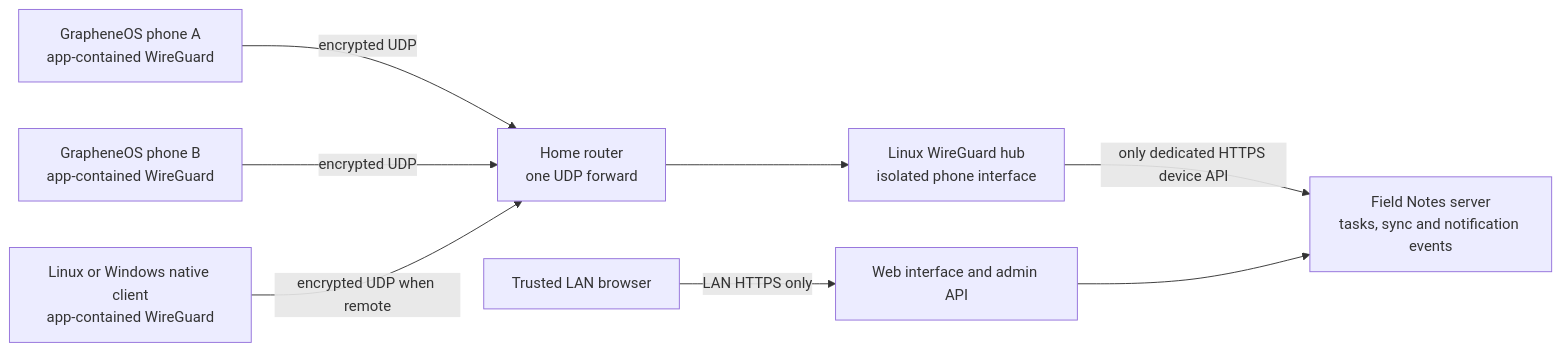
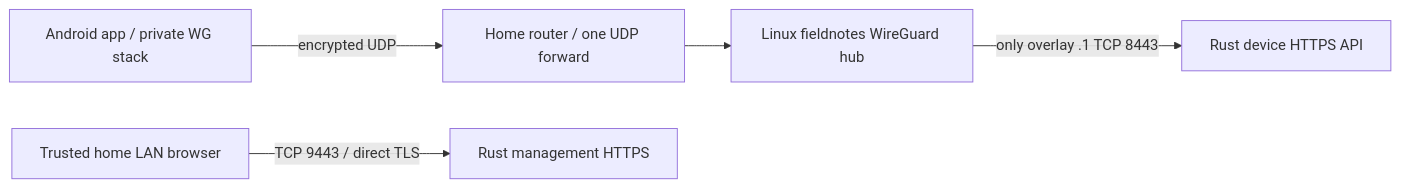
Before and after one commit to argentumseven/field-notes: the diagram in docs/NETWORK.md, drawn with Mermaid. The commit also changed other lines of this file and 173 other files, not shown here.

First line of the commit message:
Add shared planning, private enrollment and Android widgets

````diff
--- a/docs/NETWORK.md
+++ b/docs/NETWORK.md
@@ -8,10 +6,7 @@
 ```mermaid
 flowchart LR
-  A[GrapheneOS phone A<br/>app-contained WireGuard] -->|encrypted UDP| R[Home router<br/>one UDP forward]
-  B[GrapheneOS phone B<br/>app-contained WireGuard] -->|encrypted UDP| R
-  D[Linux or Windows native client<br/>app-contained WireGuard] -->|encrypted UDP when remote| R
-  R --> W[Linux WireGuard hub<br/>isolated phone interface]
-  W -->|only dedicated HTTPS device API| S[Field Notes server<br/>tasks, sync and notification events]
-  L[Trusted LAN browser] -->|LAN HTTPS only| M[Web interface and admin API]
-  M --> S
+  A[Android app / private WG stack] -->|encrypted UDP| R[Home router / one UDP forward]
+  R --> W[Linux fieldnotes WireGuard hub]
+  W -->|only overlay .1 TCP 8443| D[Rust device HTTPS API]
+  L[Trusted home LAN browser] -->|TCP 9443 / direct TLS| M[Rust management HTTPS]
 ```
````
